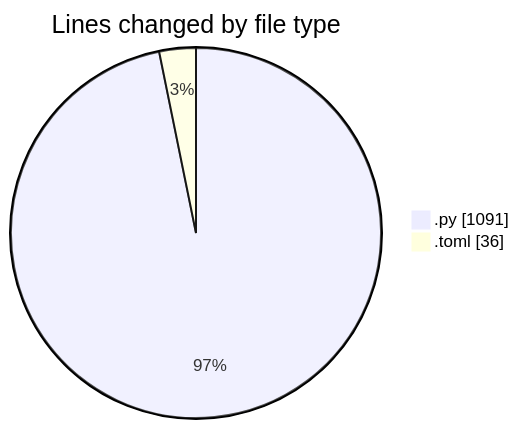
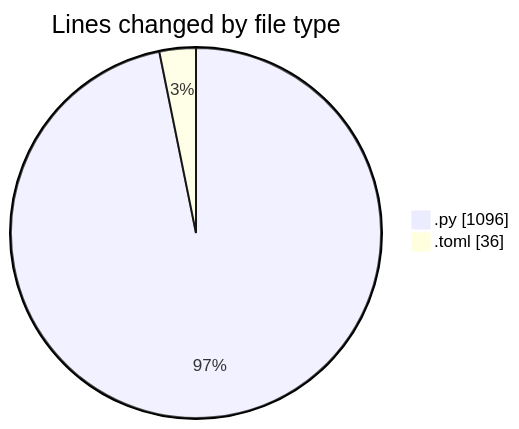
One commit to julien-gomy/code-tracking changed the first of 2 diagrams in 2025-11-20/eventscop-api-guide__workspace_/README.md. Above: the diagram before and after it, drawn with Mermaid. The commit also changed other lines of this file and 1 other file, not shown here.

````diff
--- a/2025-11-20/eventscop-api-guide__workspace_/README.md
+++ b/2025-11-20/eventscop-api-guide__workspace_/README.md
@@ -27,6 +27,6 @@
 ```mermaid
 pie showData
 title Lines changed by file type
-".py" : 1091
+".py" : 1096
 ".toml" : 36
 ```
````
